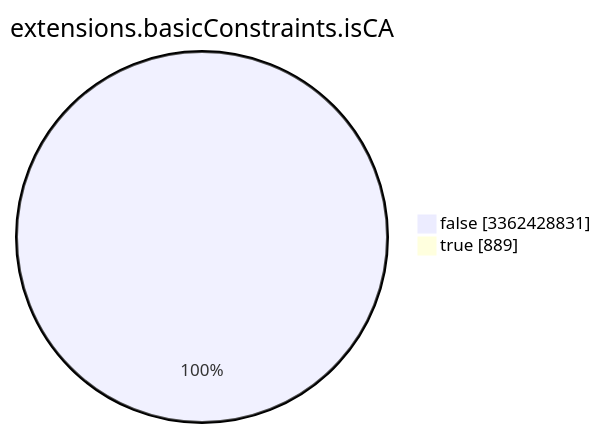
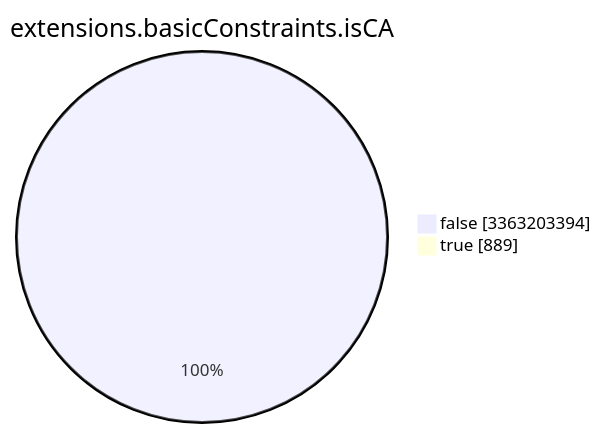
One commit to christiankrug/ctmonitor_visualization changed the seventh of 15 diagrams in TOTAL/README.md. Above: the diagram before and after it, drawn with Mermaid. The commit also changed other lines of this file, not shown here.

````diff
--- a/TOTAL/README.md
+++ b/TOTAL/README.md
@@ -3090,6 +3090,6 @@
 ```mermaid
 pie showData
 title extensions.basicConstraints.isCA
-"false" :3362428831
+"false" :3363203394
 "true" :889
 ```
````
